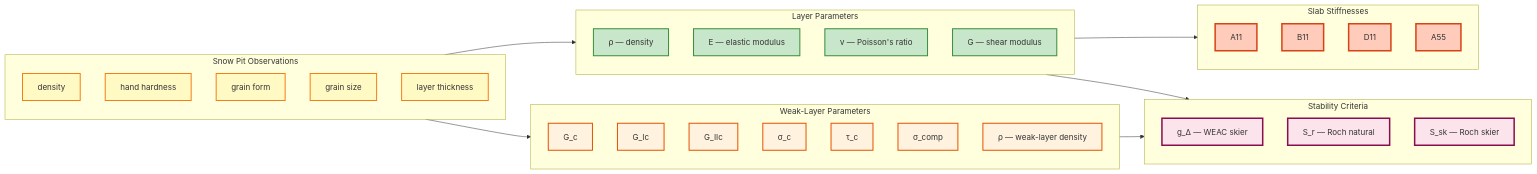
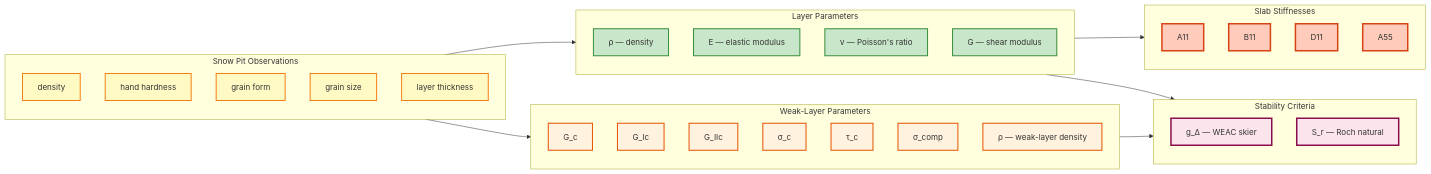
Before and after one commit to connellymk/SnowPyt-MechParams: the diagram in docs/diagrams/overview.md, drawn with Mermaid. The commit also changed 25 other files, not shown here.

Commit message:
Remove roch skier variant from map

````diff
--- a/docs/diagrams/overview.md
+++ b/docs/diagrams/overview.md
@@ -3,61 +3,60 @@
 ```mermaid
 graph LR
 
     subgraph INPUTS[Snow Pit Observations]
         meas_density[density]
         meas_hh[hand hardness]
         meas_gf[grain form]
         meas_gs[grain size]
         meas_thick[layer thickness]
     end
 
     subgraph LAYER[Layer Parameters]
         rho[ρ — density]
         E[E — elastic modulus]
         nu[ν — Poisson's ratio]
         G[G — shear modulus]
     end
 
     subgraph SLAB[Slab Stiffnesses]
         A11[A11]
         B11[B11]
         D11[D11]
         A55[A55]
     end
 
     subgraph WEAKLAYER[Weak-Layer Parameters]
         Gc[G_c]
         GIc[G_Ic]
         GIIc[G_IIc]
         sigmac[σ_c]
         tauc[τ_c]
         sigcomp[σ_comp]
         rho_wl[ρ — weak-layer density]
     end
 
     subgraph STABILITY[Stability Criteria]
         gdelta[g_Δ — WEAC skier]
         sr[S_r — Roch natural]
-        ssk[S_sk — Roch skier]
     end
 
     %% Group-level data flow
     INPUTS --> LAYER
     INPUTS --> WEAKLAYER
     LAYER --> SLAB
     LAYER --> STABILITY
     WEAKLAYER --> STABILITY
 
     %% Styling
     classDef inputGroup fill:#fff9c4,stroke:#f57f17,stroke-width:2px
     classDef layerGroup fill:#c8e6c9,stroke:#388e3c,stroke-width:2px
     classDef slabGroup fill:#ffccbc,stroke:#d84315,stroke-width:3px
     classDef wlGroup fill:#fff3e0,stroke:#e65100,stroke-width:2px
     classDef stabGroup fill:#fce4ec,stroke:#880e4f,stroke-width:3px
     
     class meas_density,meas_hh,meas_gf,meas_gs,meas_thick inputGroup
     class rho,E,nu,G layerGroup
     class A11,B11,D11,A55 slabGroup
     class Gc,GIc,GIIc,sigmac,tauc,sigcomp,rho_wl wlGroup
     class gdelta,sr,ssk stabGroup
 ```
````
